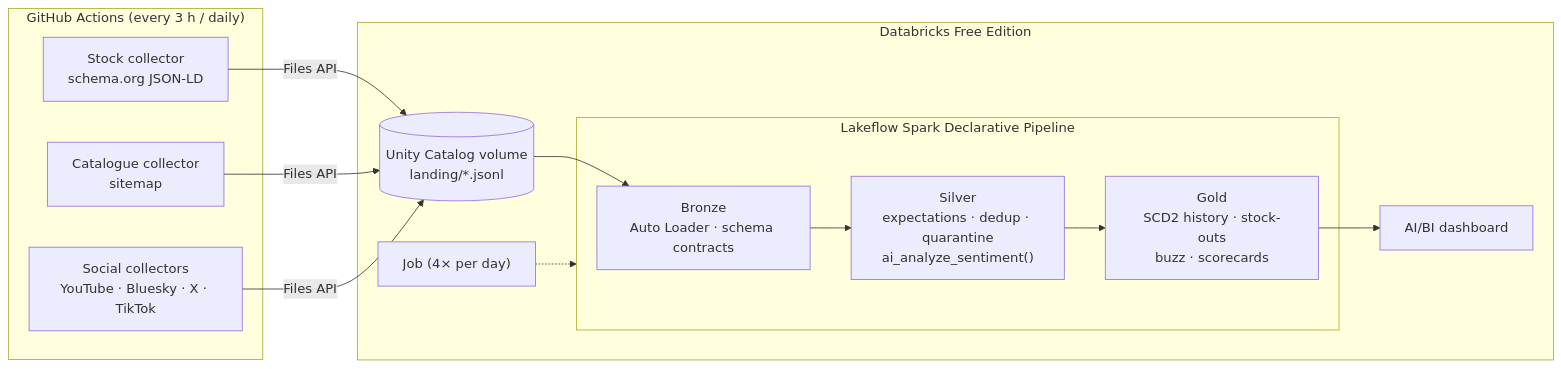
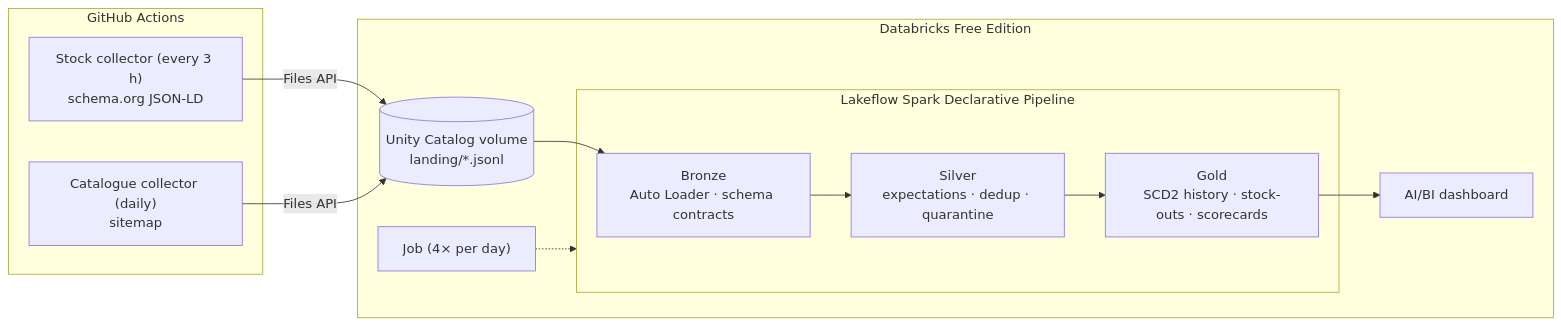
Before and after one commit to BiloTheCat/rituals-radar: the diagram in README.md, drawn with Mermaid. The commit also changed other lines of this file and 43 other files, not shown here.

````diff
--- a/README.md
+++ b/README.md
@@ -19,18 +18,17 @@
 ```mermaid
 flowchart LR
-  subgraph GH["GitHub Actions (every 3 h / daily)"]
-    C1["Stock collector<br/>schema.org JSON-LD"]
-    C2["Catalogue collector<br/>sitemap"]
-    C3["Social collectors<br/>YouTube · Bluesky · X · TikTok"]
+  subgraph GH["GitHub Actions"]
+    C1["Stock collector (every 3 h)<br/>schema.org JSON-LD"]
+    C2["Catalogue collector (daily)<br/>sitemap"]
   end
   subgraph DBX["Databricks Free Edition"]
     V[("Unity Catalog volume<br/>landing/*.jsonl")]
     subgraph P["Lakeflow Spark Declarative Pipeline"]
-      B["Bronze<br/>Auto Loader · schema contracts"] --> S["Silver<br/>expectations · dedup · quarantine<br/>ai_analyze_sentiment()"]
-      S --> G["Gold<br/>SCD2 history · stock-outs<br/>buzz · scorecards"]
+      B["Bronze<br/>Auto Loader · schema contracts"] --> S["Silver<br/>expectations · dedup · quarantine"]
+      S --> G["Gold<br/>SCD2 history · stock-outs · scorecards"]
     end
     J["Job (4× per day)"] -.-> P
     G --> D["AI/BI dashboard"]
   end
-  C1 & C2 & C3 -->|"Files API"| V --> B
+  C1 & C2 -->|"Files API"| V --> B
 ```
````
